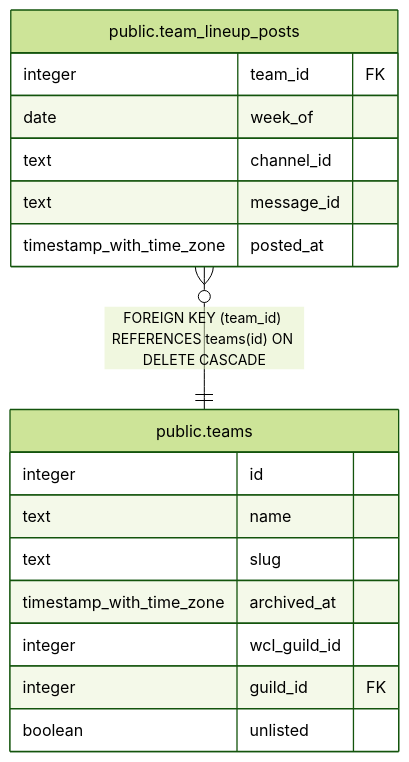
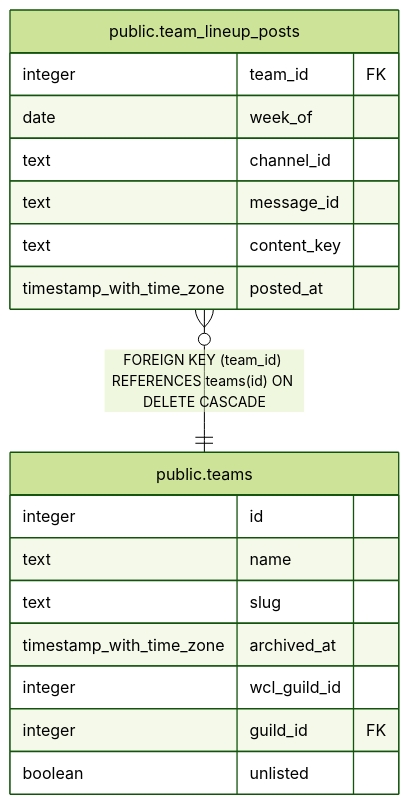
Before and after one commit to katogaming88/WGA-Raid-Hub: the diagram in dbdoc/public.team_lineup_posts.md, drawn with Mermaid (forest theme). The commit also changed other lines of this file and 10 other files, not shown here.

````diff
--- a/dbdoc/public.team_lineup_posts.md
+++ b/dbdoc/public.team_lineup_posts.md
@@ -32,22 +34,23 @@
 ```mermaid
 erDiagram
 
 "public.team_lineup_posts" }o--|| "public.teams" : "FOREIGN KEY (team_id) REFERENCES teams(id) ON DELETE CASCADE"
 
 "public.team_lineup_posts" {
   integer team_id FK
   date week_of
   text channel_id
   text message_id
+  text content_key
   timestamp_with_time_zone posted_at
 }
 "public.teams" {
   integer id
   text name
   text slug
   timestamp_with_time_zone archived_at
   integer wcl_guild_id
   integer guild_id FK
   boolean unlisted
 }
 ```
````
